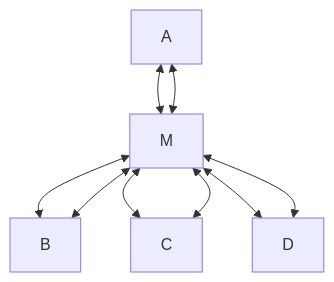
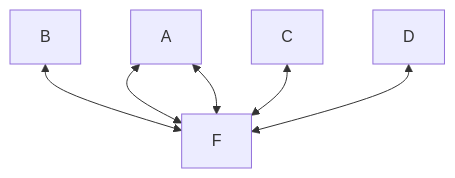
Before and after one commit to coderATP/SuitsUp: the diagram in README.md, drawn with Mermaid.

````diff
--- a/README.md
+++ b/README.md
@@ -14,7 +14,9 @@
 ```mermaid
 graph TD;
-A<-->M<-->B;
-B<-->M<-->C;
-C<-->M<-->D;
-D<-->M<-->A;
+A<-->F;
+B<-->F;
+C<-->F;
+D<-->F;
+A<-->F;
+
 ```
````
